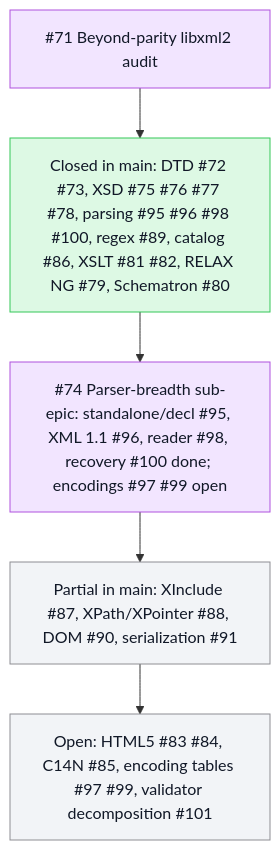
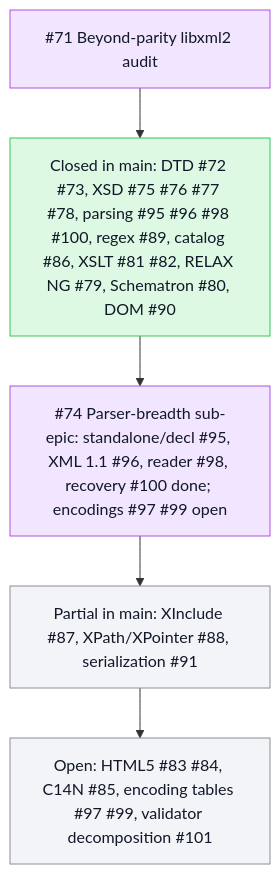
The second of 2 diagrams in README.md (mihaelamj/PureXML), drawn with Mermaid before and after one commit. The commit also changed other lines of this file and 6 other files, not shown here.

````diff
--- a/README.md
+++ b/README.md
@@ -73,16 +73,16 @@
 ```mermaid
 flowchart TB
   classDef done fill:#ddf9e4,stroke:#34c759,color:#111827
   classDef review fill:#fff7d6,stroke:#ffcc00,color:#111827
   classDef epic fill:#f2e5ff,stroke:#af52de,color:#111827
   classDef todo fill:#f2f4f7,stroke:#8e8e93,color:#111827
   Epic71["#71 Beyond-parity libxml2 audit"]:::epic
-  AuditDone["Closed in main: DTD #72 #73, XSD #75 #76 #77 #78, parsing #95 #96 #98 #100, regex #89, catalog #86, XSLT #81 #82, RELAX NG #79, Schematron #80"]:::done
+  AuditDone["Closed in main: DTD #72 #73, XSD #75 #76 #77 #78, parsing #95 #96 #98 #100, regex #89, catalog #86, XSLT #81 #82, RELAX NG #79, Schematron #80, DOM #90"]:::done
   Epic74["#74 Parser-breadth sub-epic: standalone/decl #95, XML 1.1 #96, reader #98, recovery #100 done; encodings #97 #99 open"]:::epic
-  Partial["Partial in main: XInclude #87, XPath/XPointer #88, DOM #90, serialization #91"]:::todo
+  Partial["Partial in main: XInclude #87, XPath/XPointer #88, serialization #91"]:::todo
   Open["Open: HTML5 #83 #84, C14N #85, encoding tables #97 #99, validator decomposition #101"]:::todo
   Epic71 --> AuditDone
   AuditDone --> Epic74
   Epic74 --> Partial
   Partial --> Open
 ```
````
